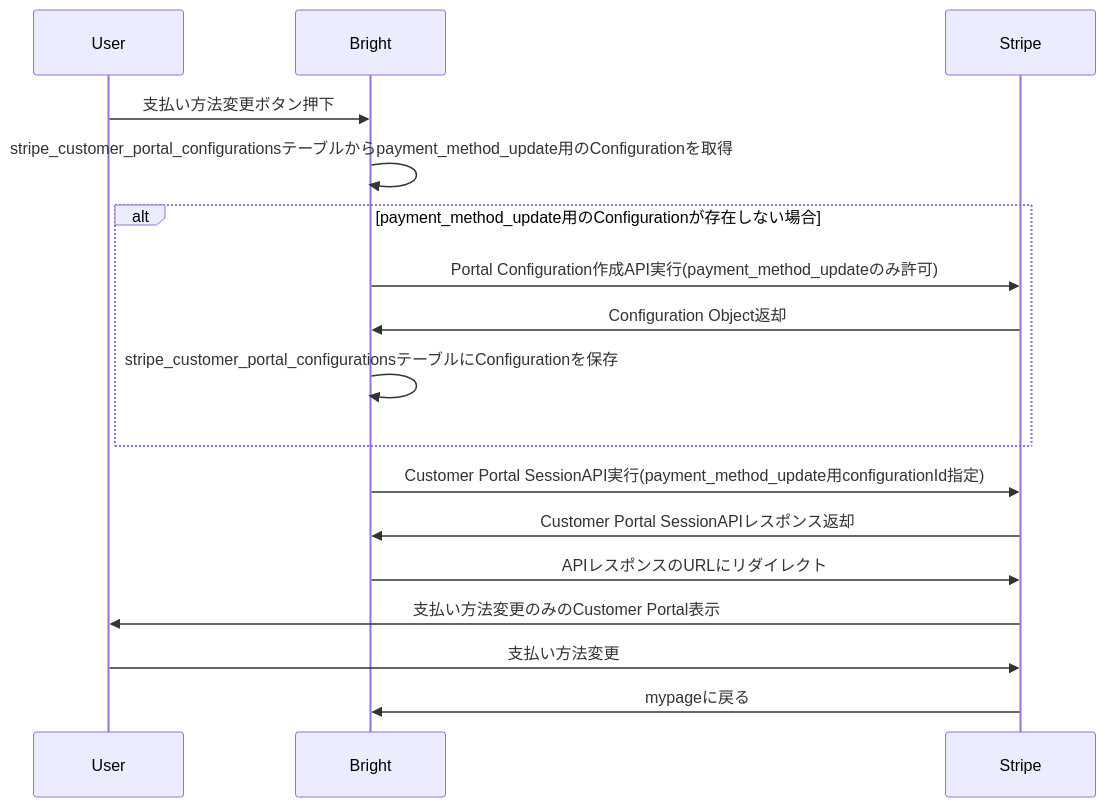
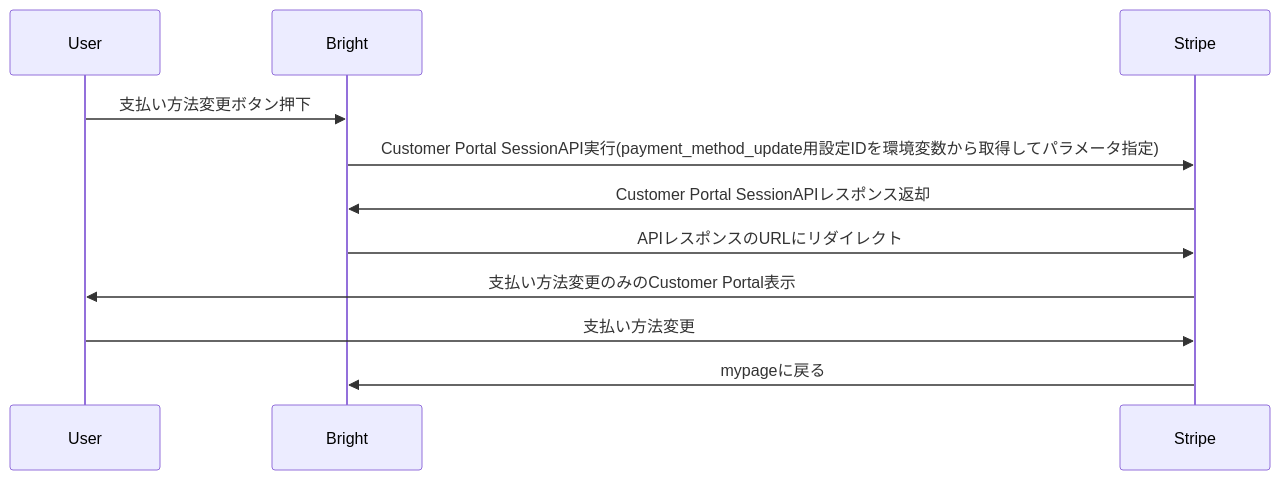
Before and after one commit to bright-org/bright: the sixth of 10 diagrams in docs/logics/subscription.md, drawn with Mermaid. The commit also changed other lines of this file, not shown here.

Commit message:
決済関連の設計ドキュメント作成 - stripe_customer_portal_configurationsテーブルに保存する内容は環境変数保存へ変更するためテーブル設計情報を削除。また、本修正に伴い影響のあるシーケンス箇所も修正

````diff
--- a/docs/logics/subscription.md
+++ b/docs/logics/subscription.md
@@ -175,21 +152,14 @@
 ```mermaid
 sequenceDiagram
     participant User
     participant Bright
     participant Stripe
 
     User ->> Bright: 支払い方法変更ボタン押下
-    Bright ->> Bright: stripe_customer_portal_configurationsテーブルからpayment_method_update用のConfigurationを取得
-    alt payment_method_update用のConfigurationが存在しない場合
-        Bright ->> Stripe: Portal Configuration作成API実行(payment_method_updateのみ許可)
-        Stripe ->> Bright: Configuration Object返却
-        Bright ->> Bright: stripe_customer_portal_configurationsテーブルにConfigurationを保存
-    end
-
-    Bright ->> Stripe: Customer Portal SessionAPI実行(payment_method_update用configurationId指定)
+    Bright ->> Stripe: Customer Portal SessionAPI実行(payment_method_update用設定IDを環境変数から取得してパラメータ指定)
     Stripe ->> Bright: Customer Portal SessionAPIレスポンス返却
     Bright ->> Stripe: APIレスポンスのURLにリダイレクト
     Stripe ->> User: 支払い方法変更のみのCustomer Portal表示
     User ->> Stripe: 支払い方法変更
     Stripe ->> Bright: mypageに戻る
 ```
````
